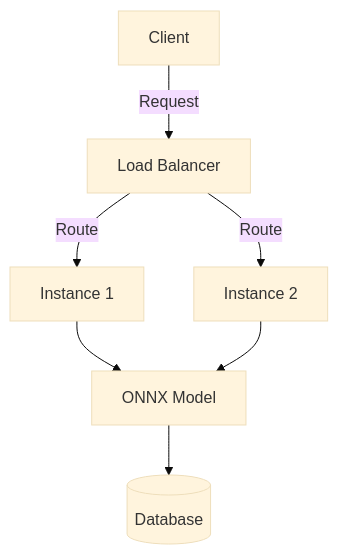
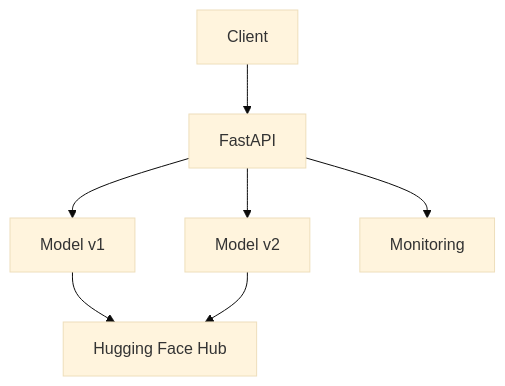
One commit to ajimaulana123/churn-model-api changed the diagram in README.md. Above: the diagram before and after it, drawn with Mermaid (base theme). The commit also changed other lines of this file and 6 other files, not shown here.

````diff
--- a/README.md
+++ b/README.md
@@ -107,8 +130,8 @@
 ```mermaid
 graph TD
-    A[Client] -->|Request| B[Load Balancer]
-    B -->|Route| C[Instance 1]
-    B -->|Route| D[Instance 2]
-    C & D --> E[ONNX Model]
-    E --> F[(Database)]
+    A[Client] --> B[FastAPI]
+    B --> C[Model v1]
+    B --> D[Model v2]
+    C & D --> E[Hugging Face Hub]
+    B --> F[Monitoring]
 ```
````
